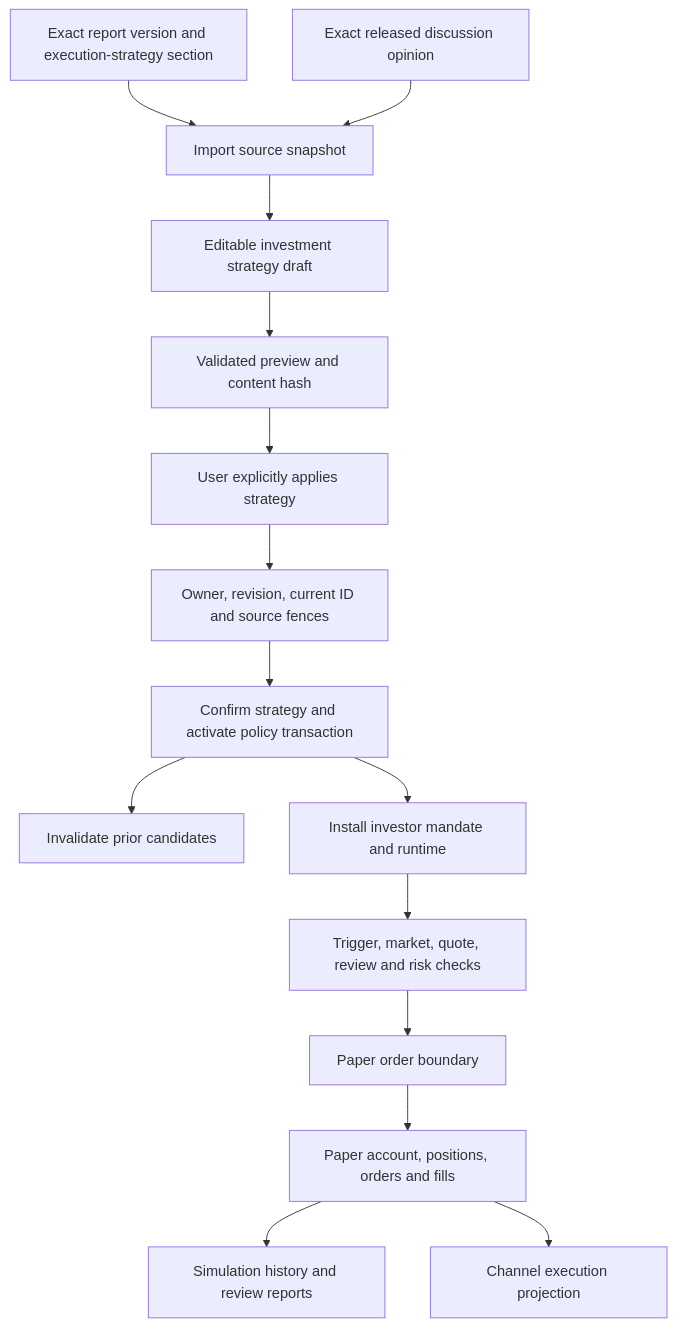
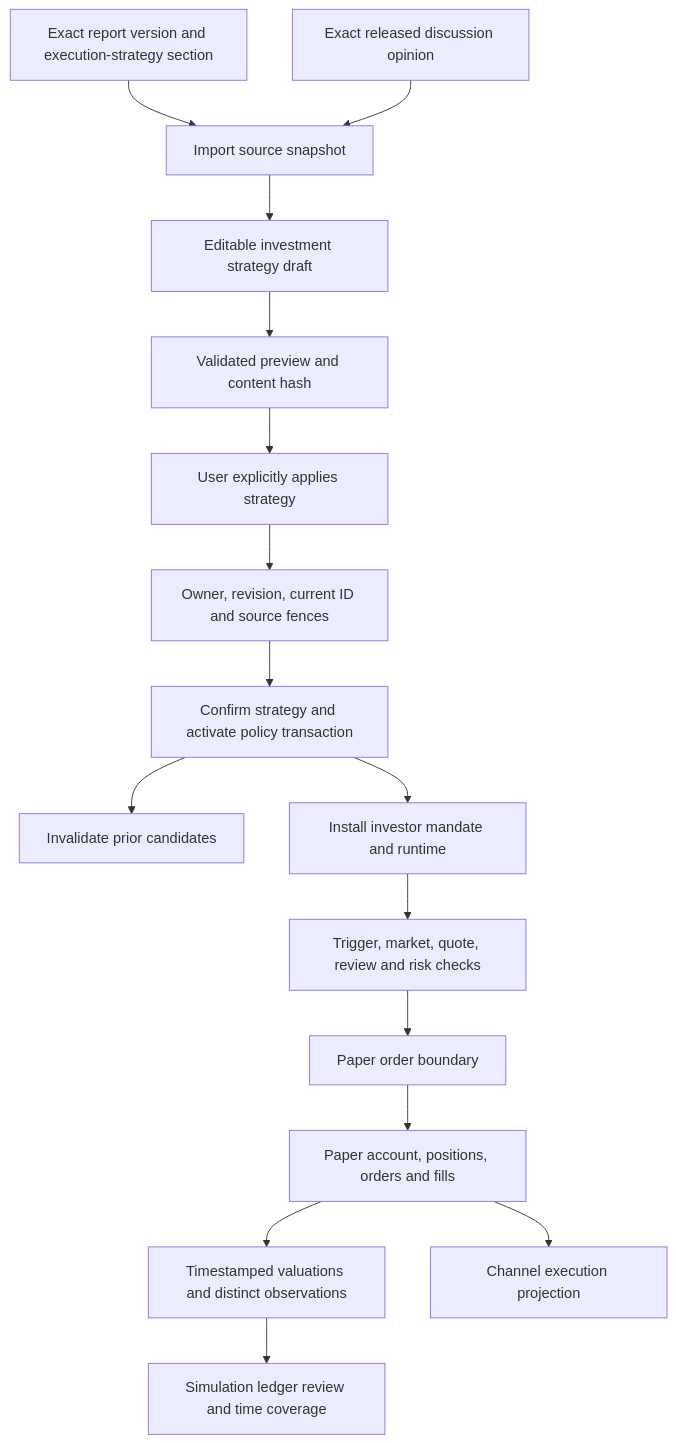
One commit to Lueyu/squabble changed the third of 5 diagrams in docs/architecture.md. Above: the diagram before and after it, drawn with Mermaid. The commit also changed other lines of this file and 40 other files, not shown here.

````diff
--- a/docs/architecture.md
+++ b/docs/architecture.md
@@ -84,17 +95,18 @@
 ```mermaid
 flowchart TD
     source["Exact report version and execution-strategy section"] --> import["Import source snapshot"]
     opinion["Exact released discussion opinion"] --> import
     import --> draft["Editable investment strategy draft"]
     draft --> preview["Validated preview and content hash"]
     preview --> userApply["User explicitly applies strategy"]
     userApply --> fence["Owner, revision, current ID and source fences"]
     fence --> atomic["Confirm strategy and activate policy transaction"]
     atomic --> cancel["Invalidate prior candidates"]
     atomic --> runtime["Install investor mandate and runtime"]
     runtime --> evaluate["Trigger, market, quote, review and risk checks"]
     evaluate --> order["Paper order boundary"]
     order --> paper["Paper account, positions, orders and fills"]
-    paper --> review["Simulation history and review reports"]
+    paper --> observations["Timestamped valuations and distinct observations"]
+    observations --> review["Simulation ledger review and time coverage"]
     paper --> projection["Channel execution projection"]
 ```
````
